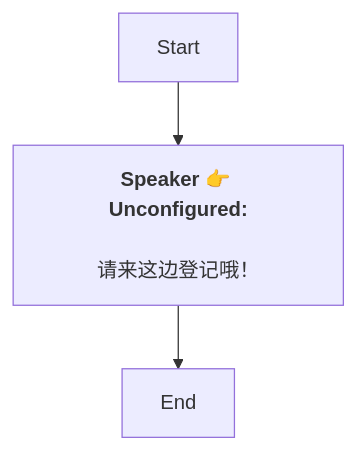
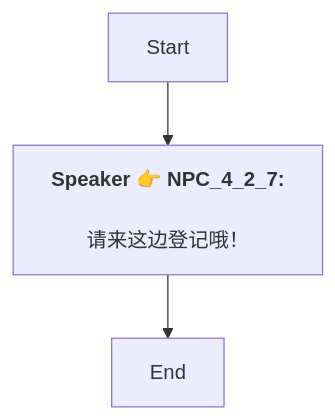
One commit to SoftHu/tos_avg changed the diagram in Zh/QuestApproachDialogNode_1738447731840107.md. Above: the diagram before and after it, drawn with Mermaid. The commit also changed 737 other files, not shown here.

````diff
--- a/Zh/QuestApproachDialogNode_1738447731840107.md
+++ b/Zh/QuestApproachDialogNode_1738447731840107.md
@@ -1,8 +1,7 @@
 ```mermaid
 graph
-Start -->1738447777819758[<b>Speaker 👉 Unconfigured:</b>
-
-请来这边登记哦！]
+Start -->1738447777819758[<b>Speaker 👉 NPC_4_2_7:</b>
+\n请来这边登记哦！]
 1738447777819758 -->1738447779838063[End]
 
- ```
+```
````
